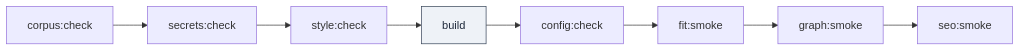
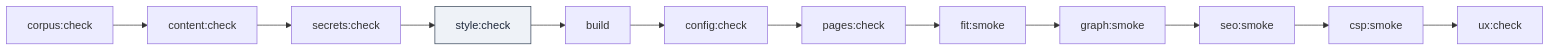
Before and after one commit to rolefinder/show-your-work: diagram 14 of 14 in ARCHITECTURE.md, drawn with Mermaid. The commit also changed other lines of this file and 26 other files, not shown here.

````diff
--- a/ARCHITECTURE.md
+++ b/ARCHITECTURE.md
@@ -688,7 +689,8 @@
 ```mermaid
 flowchart LR
-    A["corpus:check"] --> B["secrets:check"] --> C["style:check"] --> D["build"]
-    D --> E["config:check"] --> F["fit:smoke"] --> G["graph:smoke"] --> H["seo:smoke"]
+    A["corpus:check"] --> B["content:check"] --> C["secrets:check"] --> D["style:check"] --> E["build"]
+    E --> F["config:check"] --> G["pages:check"] --> H["fit:smoke"] --> I["graph:smoke"]
+    I --> J["seo:smoke"] --> K["csp:smoke"] --> L["ux:check"]
 
     style D fill:#eef2f7,stroke:#334155,color:#1e293b
 ```
````
